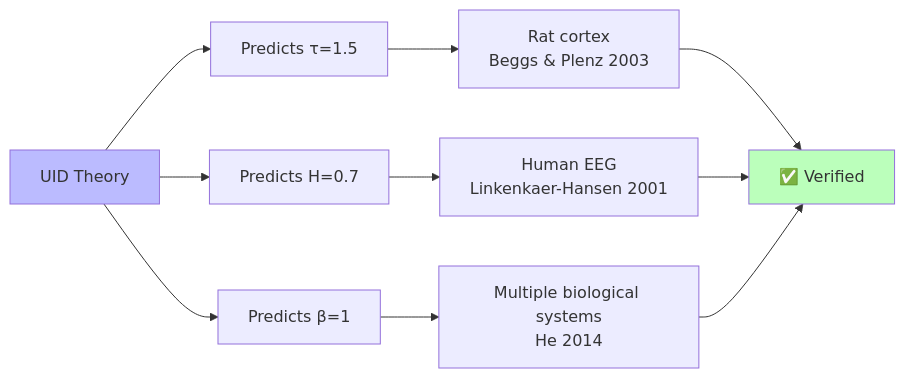
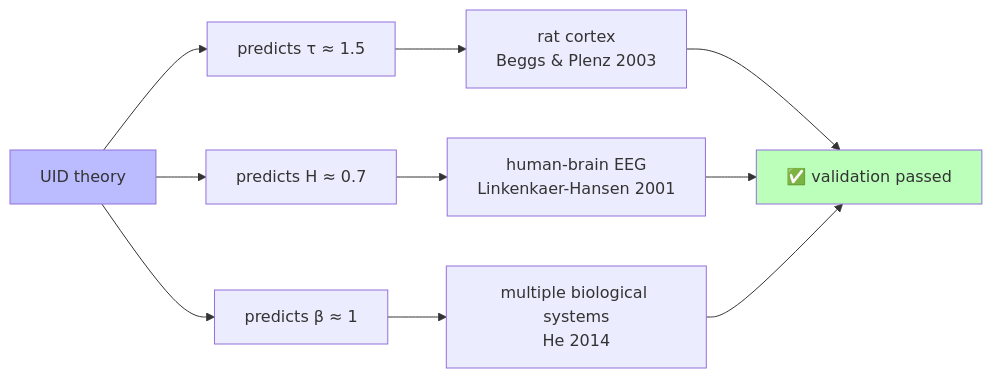
Before and after one commit to gwailee/uid: the third of 3 diagrams in 30minutes_report_en.md, drawn with Mermaid. The commit also changed other lines of this file, not shown here.

````diff
--- a/30minutes_report_en.md
+++ b/30minutes_report_en.md
@@ -736,17 +738,17 @@
 ```mermaid
 graph LR
-    A["UID Theory"] --> B["Predicts τ=1.5"]
-    A --> C["Predicts H=0.7"]
-    A --> D["Predicts β=1"]
+    A["UID theory"] --> B["predicts τ ≈ 1.5"]
+    A --> C["predicts H ≈ 0.7"]
+    A --> D["predicts β ≈ 1"]
 
-    B --> E["Rat cortex<br/>Beggs & Plenz 2003"]
-    C --> F["Human EEG<br/>Linkenkaer-Hansen 2001"]
-    D --> G["Multiple biological systems<br/>He 2014"]
+    B --> E["rat cortex<br/>Beggs & Plenz 2003"]
+    C --> F["human-brain EEG<br/>Linkenkaer-Hansen 2001"]
+    D --> G["multiple biological systems<br/>He 2014"]
 
-    E --> H["✅ Verified"]
+    E --> H["✅ validation passed"]
     F --> H
     G --> H
 
     style A fill:#bbf
     style H fill:#bfb
 ```
````
